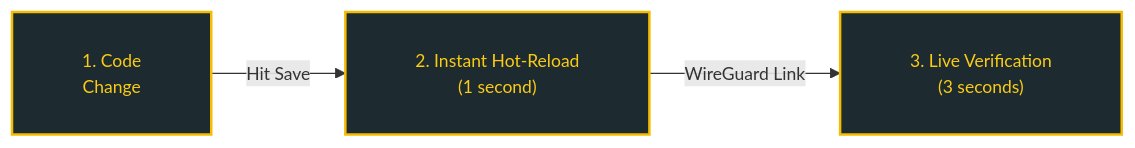
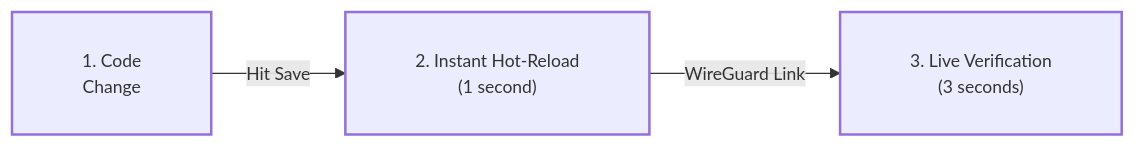
The second of 2 diagrams in gefyra-docs/content/en/index.md (gefyrahq/gefyra), drawn with Mermaid before and after one commit. The commit also changed other lines of this file and 12 other files, not shown here.

Commit message:
feat(#MARKETING-1226): update theme and styling for Mermaid diagrams across documentation

````diff
--- a/gefyra-docs/content/en/index.md
+++ b/gefyra-docs/content/en/index.md
@@ -171,7 +171,7 @@
   ```mermaid
   %%{init: {'flowchart': {'padding': 28, 'nodeSpacing': 52, 'rankSpacing': 56, 'diagramPadding': 20}, 'themeVariables': { 'fontSize': '14px' }}}%%
   flowchart LR
       G1["1. Code<br/>Change"] -->|Hit Save| G2["2. Instant Hot-Reload<br/>(1 second)"] -->|WireGuard Link| G3["3. Live Verification<br/>(3 seconds)"]
-      classDef gefyra fill:#1d2a2f,stroke:#f6bc00,stroke-width:2px,color:#facc15;
+      classDef gefyra stroke-width:2px;
       class G1,G2,G3 gefyra;
   ```
````
